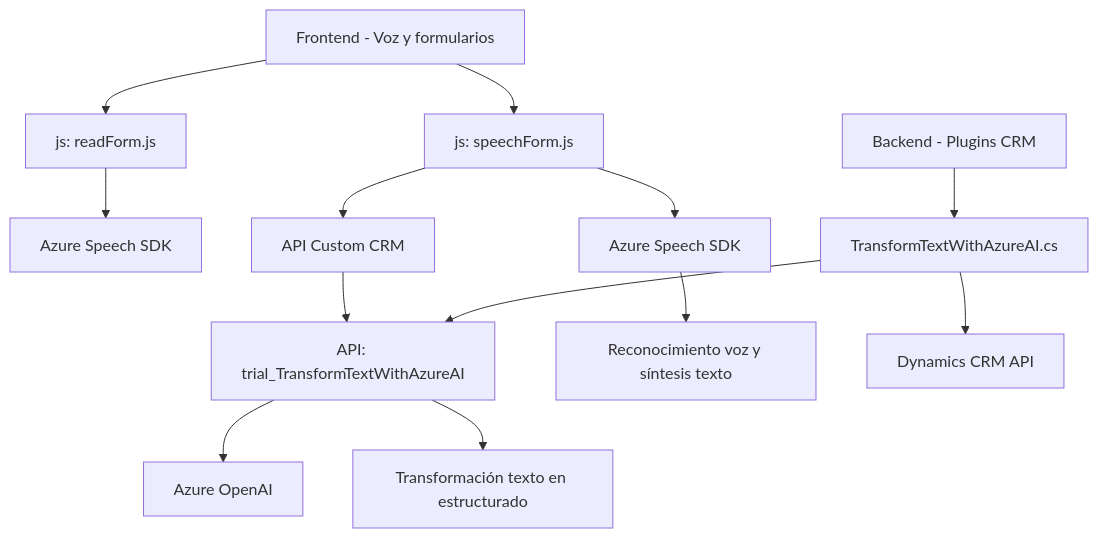
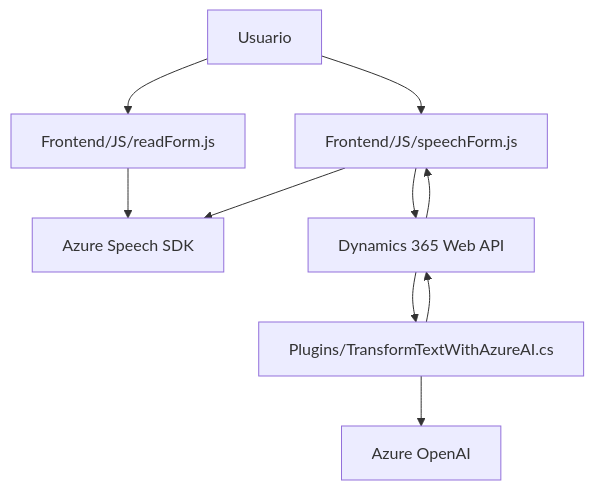
Before and after one commit to blopezdm/NETCORE_BILBAO2025: the diagram in README.md, drawn with Mermaid. The commit also changed other lines of this file, not shown here.

````diff
--- a/README.md
+++ b/README.md
@@ -42,15 +48,20 @@
 ```mermaid
 graph TD
-    A["Frontend - Voz y formularios"] --> B["js: readForm.js"]
-    B --> C["Azure Speech SDK"]
-    A --> D["js: speechForm.js"]
-    D --> E["API Custom CRM"]
-    D --> F["Azure Speech SDK"]
-    E --> G["API: trial_TransformTextWithAzureAI"]
-    G --> H["Azure OpenAI"]
-    F --> I["Reconocimiento voz y síntesis texto"]
-    G --> J["Transformación texto en estructurado"]
-    K["Backend - Plugins CRM"] --> L["TransformTextWithAzureAI.cs"]
-    L --> G
-    L --> M["Dynamics CRM API"]
+    A[Usuario]
+    B["Frontend/JS/readForm.js"]
+    C["Frontend/JS/speechForm.js"]
+    D["Plugins/TransformTextWithAzureAI.cs"]
+    E["Azure Speech SDK"]
+    F["Dynamics 365 Web API"]
+    G["Azure OpenAI"]
+
+    A --> B
+    A --> C
+    B --> E
+    C --> F
+    C --> E
+    D --> G
+    D --> F
+    F --> D
+    F --> C
 ```
````
